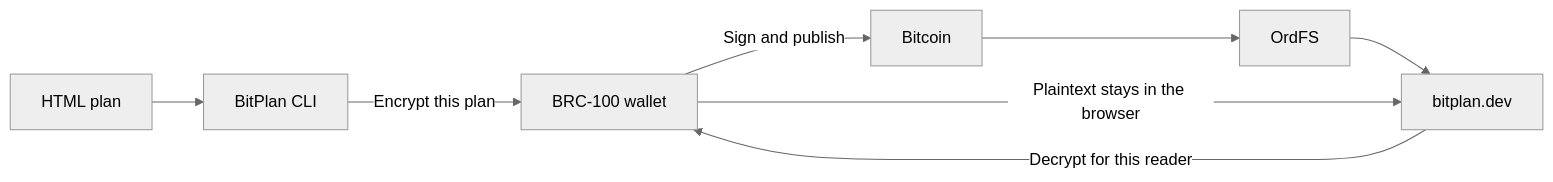
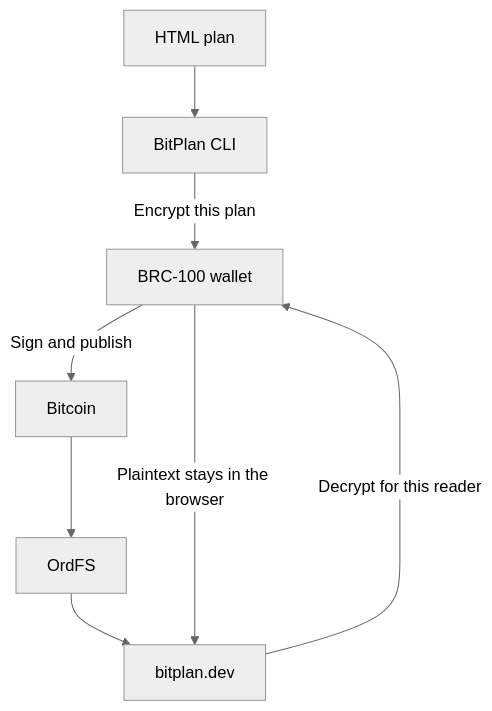
Before and after one commit to opldotdev/bitplan.dev: the first of 3 diagrams in README.md, drawn with Mermaid (neutral theme). The commit also changed other lines of this file and 2 other files, not shown here.

Commit message:
Simplify sponsor slots and README diagrams

````diff
--- a/README.md
+++ b/README.md
@@ -29,10 +29,10 @@
 ```mermaid
-flowchart LR
+flowchart TD
     Plan[HTML plan] --> CLI[BitPlan CLI]
     CLI -->|Encrypt this plan| Wallet[BRC-100 wallet]
     Wallet -->|Sign and publish| Bitcoin[Bitcoin]
     Bitcoin --> OrdFS[OrdFS]
     OrdFS --> Site[bitplan.dev]
     Site -->|Decrypt for this reader| Wallet
     Wallet -->|Plaintext stays in the browser| Site
 ```
````
